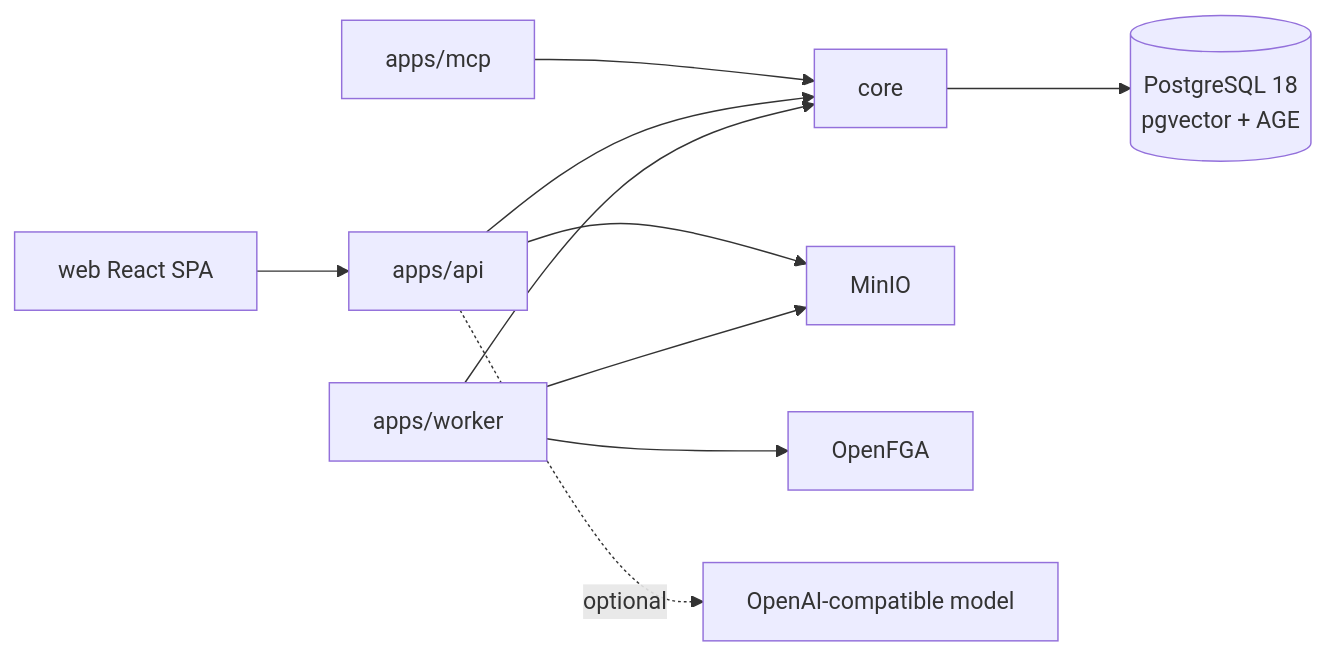
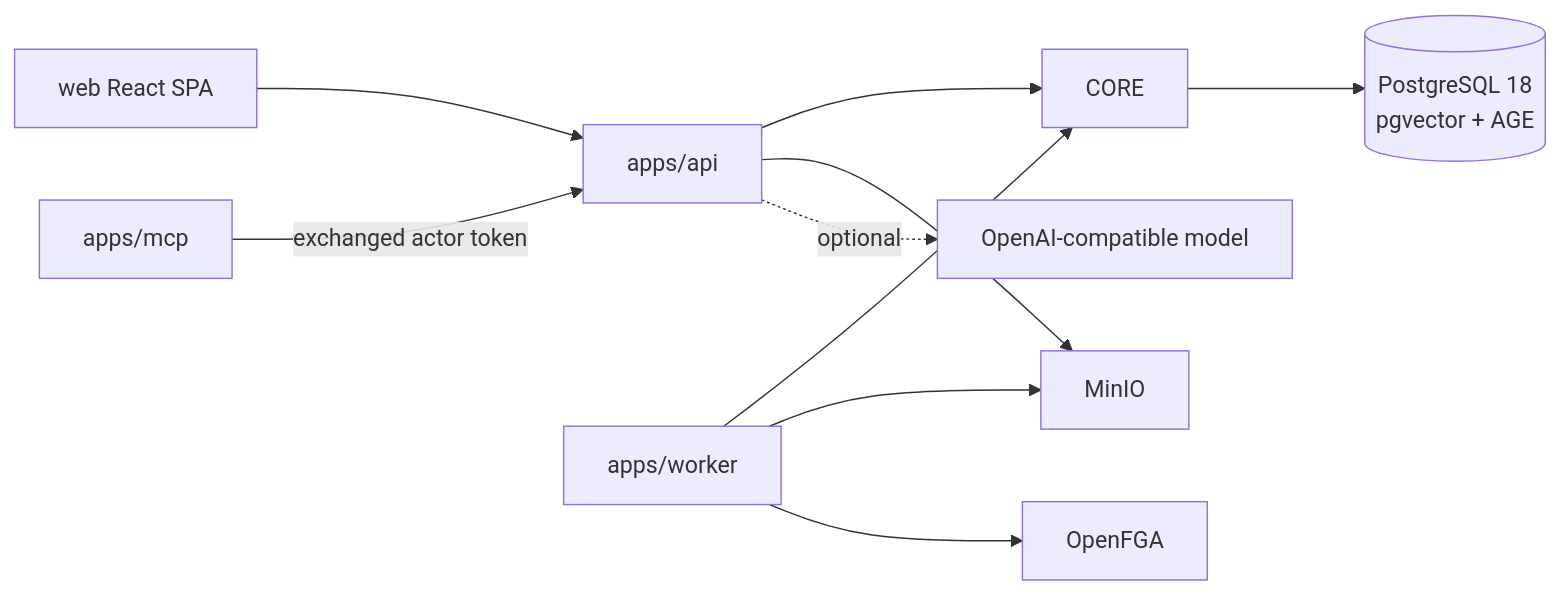
The diagram in ARCHITECTURE.md (kl3inIT/OrgMemory), drawn with Mermaid before and after one commit. The commit also changed other lines of this file and 44 other files, not shown here.

````diff
--- a/ARCHITECTURE.md
+++ b/ARCHITECTURE.md
@@ -9,12 +9,12 @@
 ```mermaid
 flowchart LR
     WEB[web React SPA] --> API[apps/api]
-    MCP[apps/mcp] --> CORE[core]
+    MCP[apps/mcp] -->|exchanged actor token| API
     API --> CORE
     WORKER[apps/worker] --> CORE
     CORE --> PG[(PostgreSQL 18<br/>pgvector + AGE)]
     API --> BLOB[MinIO]
     WORKER --> BLOB
     WORKER --> FGA[OpenFGA]
     API -. optional .-> LLM[OpenAI-compatible model]
 ```
````
